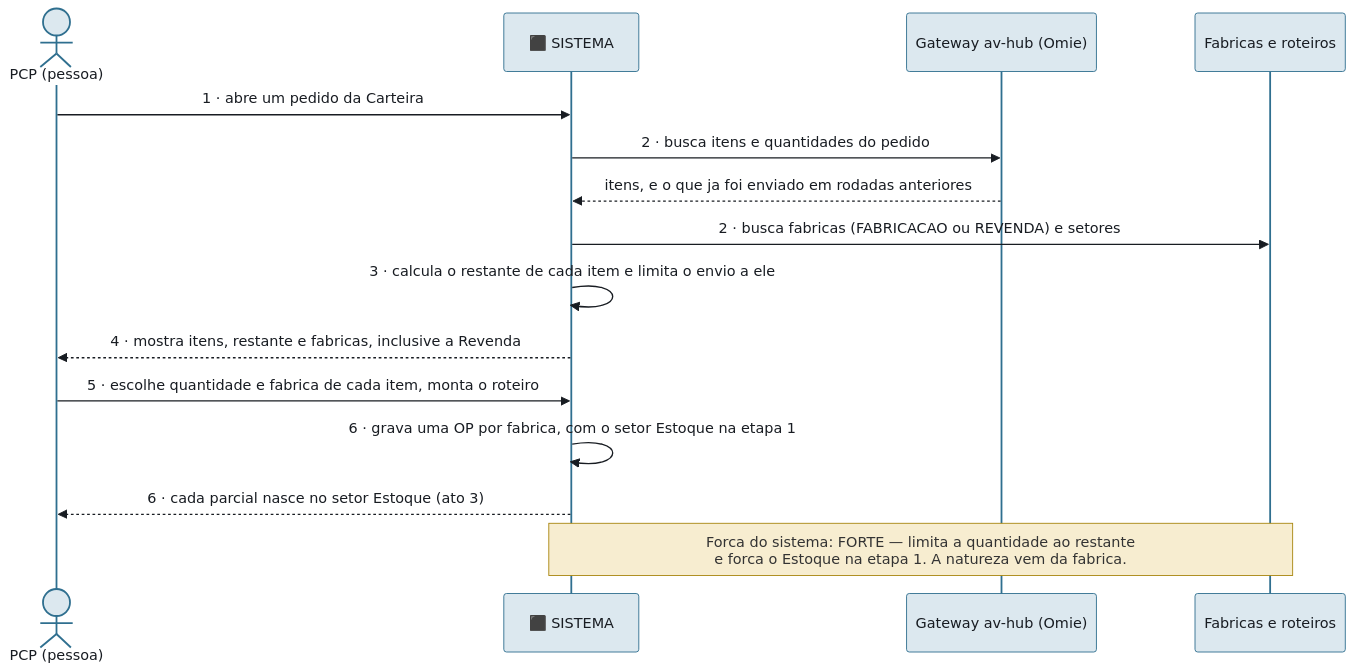
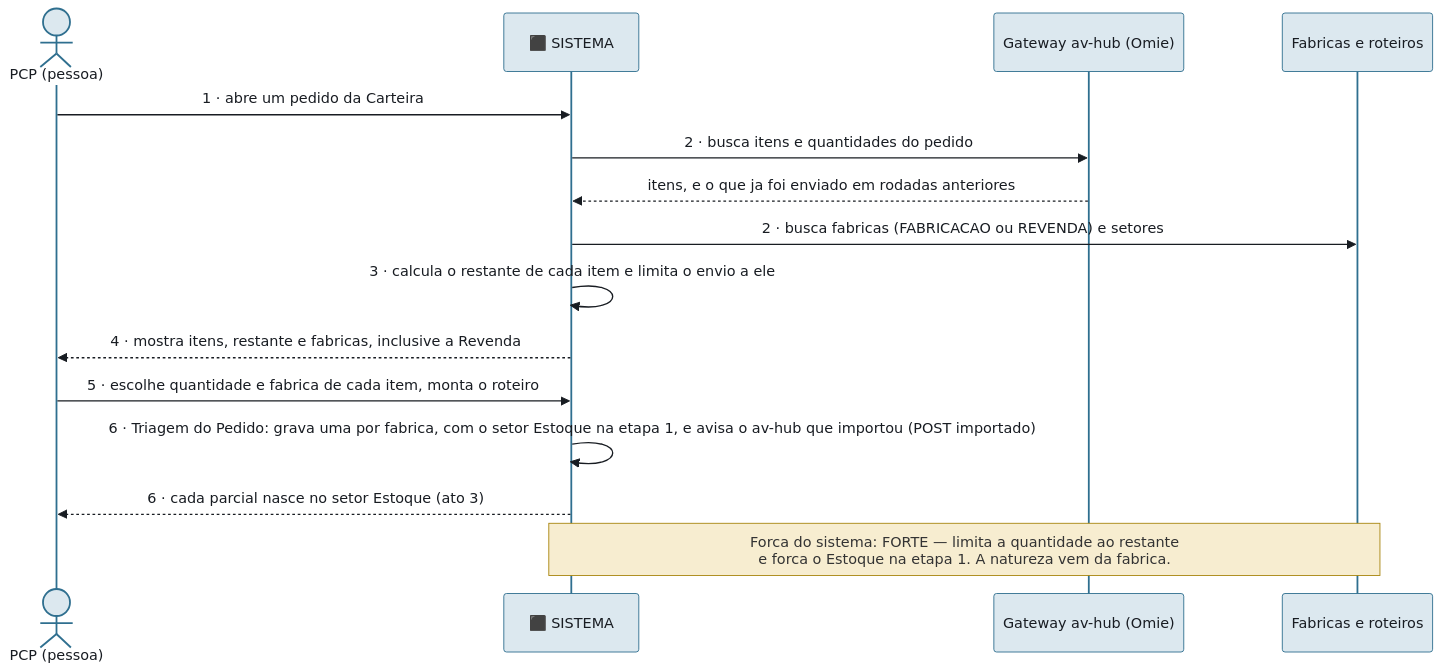
Before and after one commit to Acosvital/vault-avhub-mer: the first of 3 diagrams in 01-Fluxo-Operacional/Fluxo-Sistema-no-Meio.md, drawn with Mermaid. The commit also changed other lines of this file and 9 other files, not shown here.

First line of the commit message:
docs(vault): etapa do PCP passa a se chamar Triagem do Pedido; diagrama de atividades corrigido (confirmacao, laco de rodada, marcacao da Qualidade)

````diff
--- a/01-Fluxo-Operacional/Fluxo-Sistema-no-Meio.md
+++ b/01-Fluxo-Operacional/Fluxo-Sistema-no-Meio.md
@@ -38,20 +38,20 @@
 ```mermaid
 %%{init: {'theme': 'base', 'themeVariables': {'primaryColor': '#ffffff', 'primaryTextColor': '#181c22', 'primaryBorderColor': '#33475a', 'lineColor': '#5c6570', 'fontFamily': 'Source Sans 3, sans-serif', 'fontSize': '14px', 'actorBkg': '#dce8ef', 'actorBorder': '#2f6f8f', 'noteBkgColor': '#f7edd0', 'noteBorderColor': '#a8860f'}}}%%
 sequenceDiagram
     actor PCP as PCP (pessoa)
     participant SIS as ⬛ SISTEMA
     participant GW as Gateway av-hub (Omie)
     participant FAB as Fabricas e roteiros
 
     PCP->>SIS: 1 · abre um pedido da Carteira
     SIS->>GW: 2 · busca itens e quantidades do pedido
     GW-->>SIS: itens, e o que ja foi enviado em rodadas anteriores
     SIS->>FAB: 2 · busca fabricas (FABRICACAO ou REVENDA) e setores
     SIS->>SIS: 3 · calcula o restante de cada item e limita o envio a ele
     SIS-->>PCP: 4 · mostra itens, restante e fabricas, inclusive a Revenda
     PCP->>SIS: 5 · escolhe quantidade e fabrica de cada item, monta o roteiro
-    SIS->>SIS: 6 · grava uma OP por fabrica, com o setor Estoque na etapa 1
+    SIS->>SIS: 6 · Triagem do Pedido: grava uma por fabrica, com o setor Estoque na etapa 1, e avisa o av-hub que importou (POST importado)
     SIS-->>PCP: 6 · cada parcial nasce no setor Estoque (ato 3)
 
     Note over SIS,FAB: Forca do sistema: FORTE — limita a quantidade ao restante<br/>e forca o Estoque na etapa 1. A natureza vem da fabrica.
 ```
````
